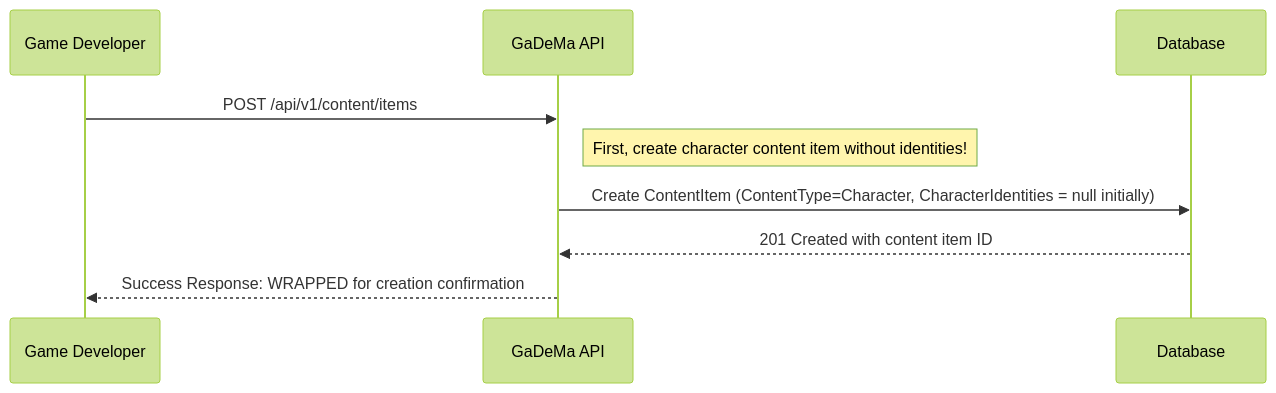
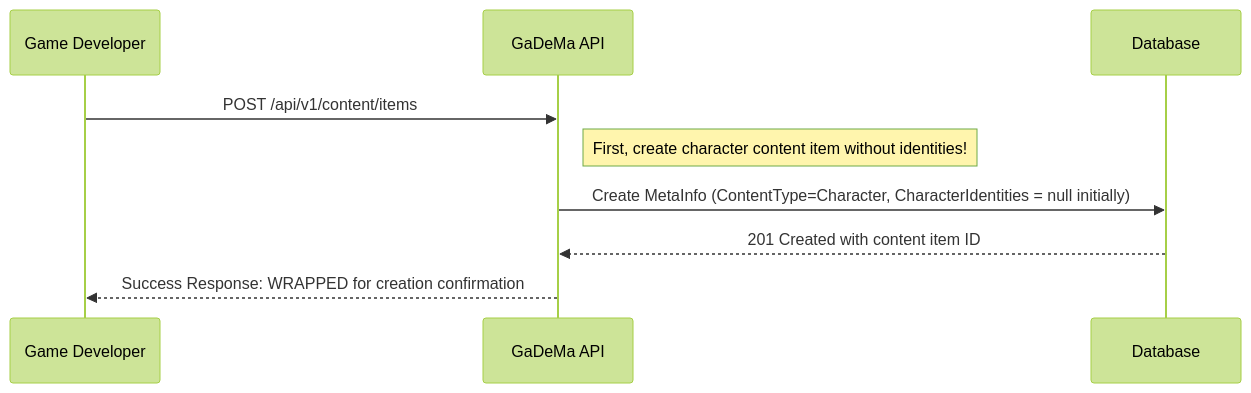
The first of 5 diagrams in docs/entities/CharacterIdentity.md (phinoox/Gadema), drawn with Mermaid (forest theme) before and after one commit. The commit also changed other lines of this file and 62 other files, not shown here.

Commit message:
renamed ContentItem to MetaInfo to better reflect its purpose(and confuse the llm a little less)

````diff
--- a/docs/entities/CharacterIdentity.md
+++ b/docs/entities/CharacterIdentity.md
@@ -256,14 +256,14 @@
 ```mermaid
 sequenceDiagram
     participant Writer as Game Developer
     participant API as GaDeMa API
     participant DB as Database
     
     Writer->>API: POST /api/v1/content/items
     Note right of API: First, create character content item without identities!
     
-    API->>DB: Create ContentItem (ContentType=Character, CharacterIdentities = null initially)
+    API->>DB: Create MetaInfo (ContentType=Character, CharacterIdentities = null initially)
     DB-->>API: 201 Created with content item ID
     
     API-->>Writer: Success Response: WRAPPED for creation confirmation
 ```
````
